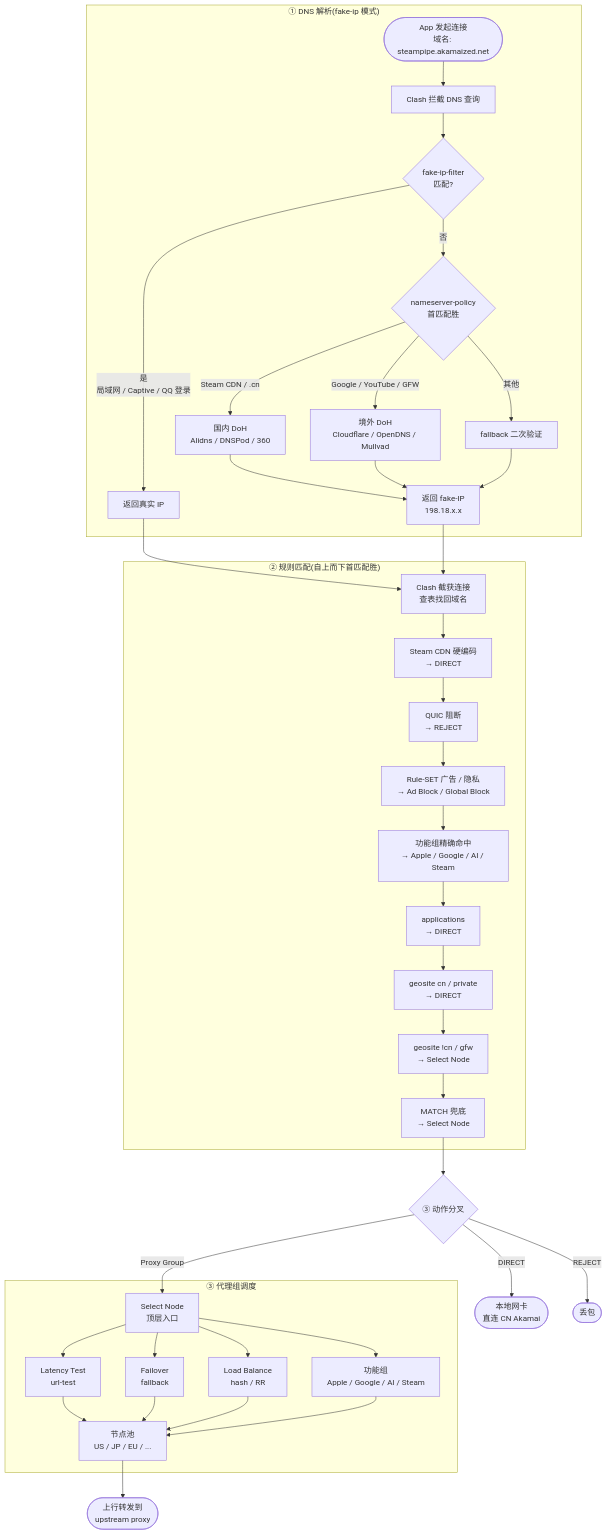
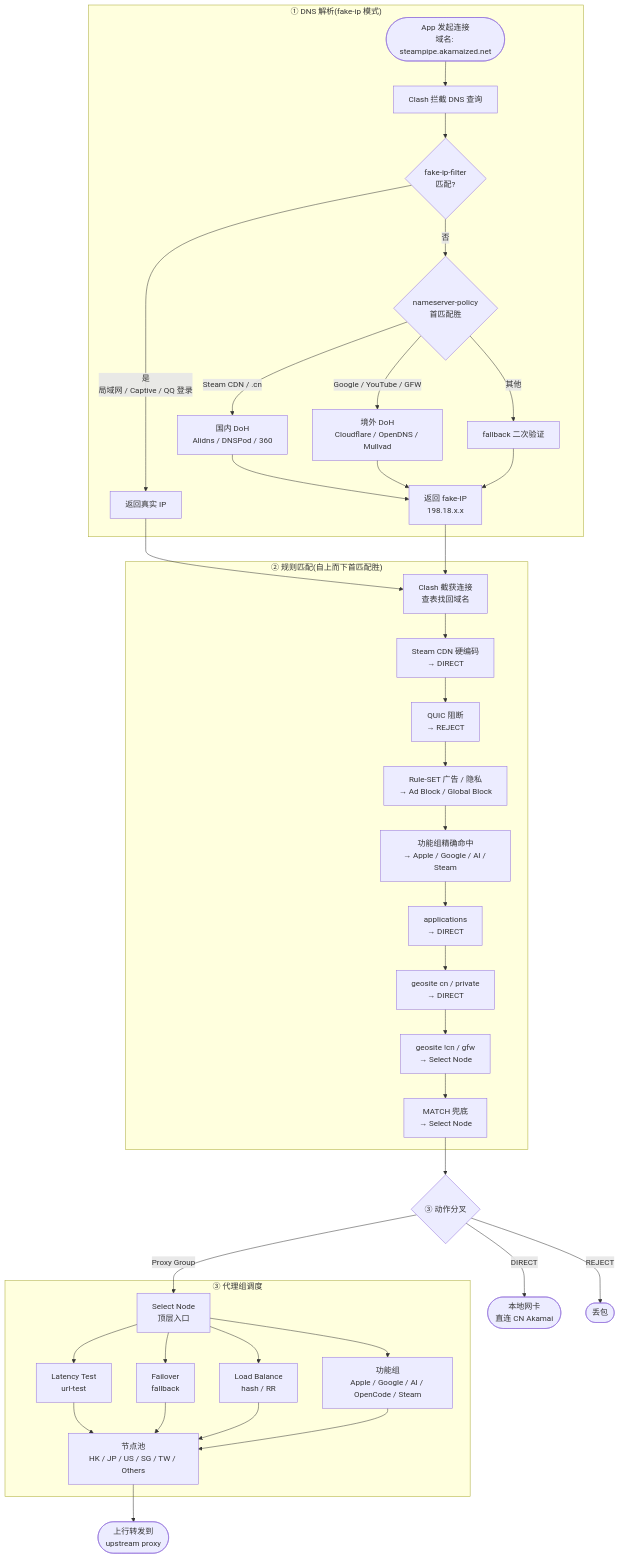
The diagram in README.md (mowangmowang/clash-rule-scripts), drawn with Mermaid before and after one commit. The commit also changed other lines of this file, not shown here.

First line of the commit message:
docs: update README for v1.3 (OpenCode, SG/TW/Others, group reorder)

````diff
--- a/README.md
+++ b/README.md
@@ -50,48 +90,48 @@
 ```mermaid
 flowchart TD
     Start([App 发起连接<br/>域名: steampipe.akamaized.net])
 
     subgraph STAGE1["① DNS 解析(fake-ip 模式)"]
         Start --> Q1[Clash 拦截 DNS 查询]
         Q1 --> Q2{fake-ip-filter<br/>匹配?}
         Q2 -->|是<br/>局域网 / Captive / QQ 登录| Q3[返回真实 IP]
         Q2 -->|否| Q4{nameserver-policy<br/>首匹配胜}
         Q4 -->|Steam CDN / .cn| Q5[国内 DoH<br/>Alidns / DNSPod / 360]
         Q4 -->|Google / YouTube / GFW| Q6[境外 DoH<br/>Cloudflare / OpenDNS / Mullvad]
         Q4 -->|其他| Q7[fallback 二次验证]
         Q5 --> Q8[返回 fake-IP<br/>198.18.x.x]
         Q6 --> Q8
         Q7 --> Q8
     end
 
     subgraph STAGE2["② 规则匹配(自上而下首匹配胜)"]
         Q3 --> R0[Clash 截获连接<br/>查表找回域名]
         Q8 --> R0
         R0 --> R1[Steam CDN 硬编码<br/>→ DIRECT]
         R1 --> R2[QUIC 阻断<br/>→ REJECT]
         R2 --> R3[Rule-SET 广告 / 隐私<br/>→ Ad Block / Global Block]
         R3 --> R4[功能组精确命中<br/>→ Apple / Google / AI / Steam]
         R4 --> R5[applications<br/>→ DIRECT]
         R5 --> R6[geosite cn / private<br/>→ DIRECT]
         R6 --> R7[geosite !cn / gfw<br/>→ Select Node]
         R7 --> R8[MATCH 兜底<br/>→ Select Node]
     end
 
     R8 --> ACT{③ 动作分叉}
     ACT -->|DIRECT| END1([本地网卡<br/>直连 CN Akamai])
     ACT -->|REJECT| END2([丢包])
     ACT -->|Proxy Group| GRP
 
     subgraph STAGE3["③ 代理组调度"]
         GRP[Select Node<br/>顶层入口] --> G2[Latency Test<br/>url-test]
         GRP --> G3[Failover<br/>fallback]
         GRP --> G4[Load Balance<br/>hash / RR]
-        GRP --> G5[功能组<br/>Apple / Google / AI / Steam]
-        G2 --> POOL[节点池<br/>US / JP / EU / ...]
+        GRP --> G5[功能组<br/>Apple / Google / AI / OpenCode / Steam]
+        G2 --> POOL[节点池<br/>HK / JP / US / SG / TW / Others]
         G3 --> POOL
         G4 --> POOL
         G5 --> POOL
     end
 
     POOL --> END3([上行转发到<br/>upstream proxy])
 ```
````
